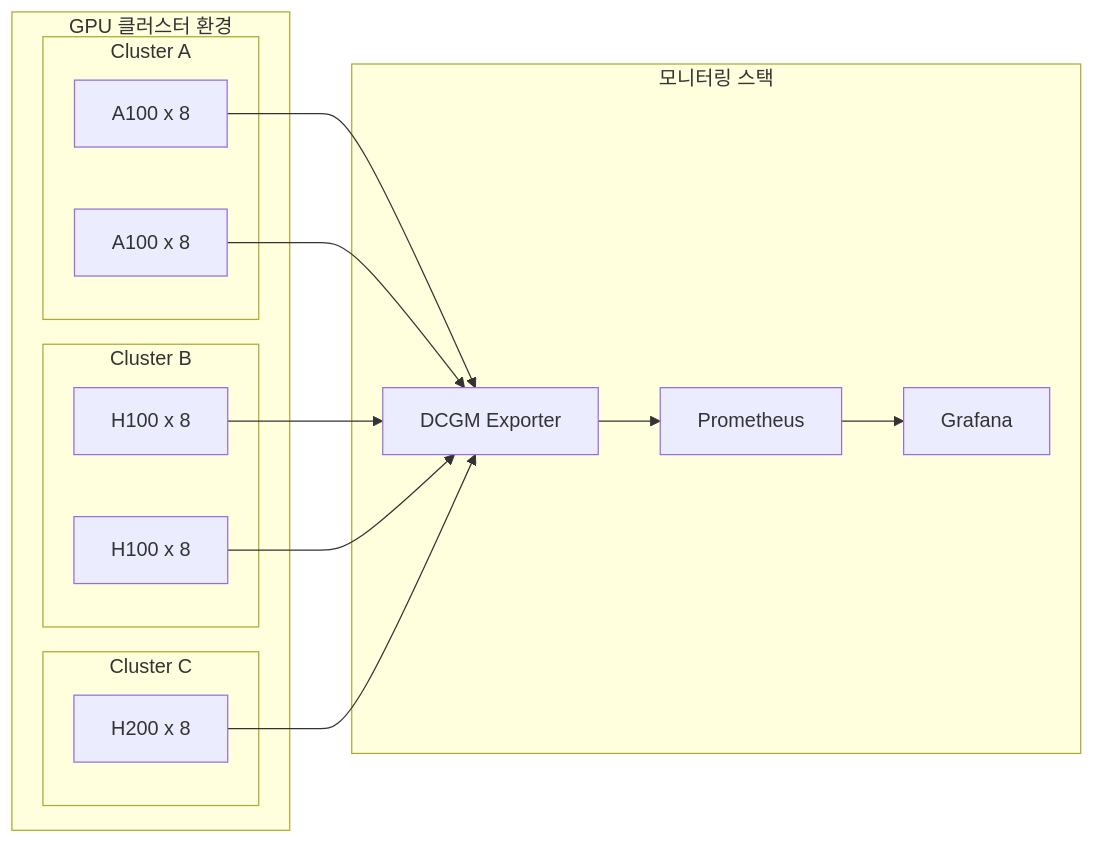
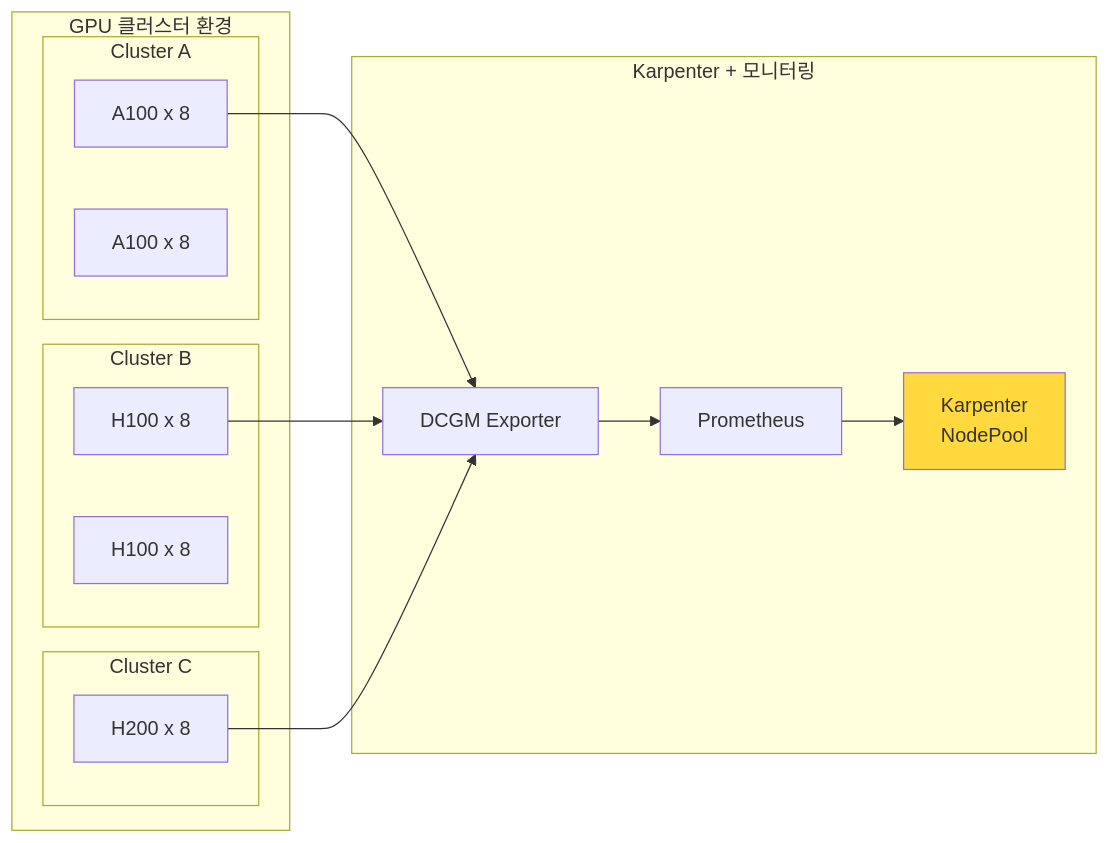
Before and after one commit to devfloor9/engineering-playbook: the third of 9 diagrams in docs/genai-aiml/agentic-ai-challenges.md, drawn with Mermaid. The commit also changed other lines of this file and 11 other files, not shown here.

````diff
--- a/docs/genai-aiml/agentic-ai-challenges.md
+++ b/docs/genai-aiml/agentic-ai-challenges.md
@@ -79,30 +107,30 @@
 ```mermaid
 graph LR
     subgraph "GPU 클러스터 환경"
         subgraph "Cluster A"
             A100_1["A100 x 8"]
             A100_2["A100 x 8"]
         end
         subgraph "Cluster B"
             H100_1["H100 x 8"]
             H100_2["H100 x 8"]
         end
         subgraph "Cluster C"
             H200_1["H200 x 8"]
         end
     end
-    
-    subgraph "모니터링 스택"
+
+    subgraph "Karpenter + 모니터링"
+        KARP["Karpenter<br/>NodePool"]
         DCGM["DCGM Exporter"]
         PROM["Prometheus"]
-        GRAF["Grafana"]
     end
-    
+
     A100_1 --> DCGM
-    A100_2 --> DCGM
     H100_1 --> DCGM
-    H100_2 --> DCGM
     H200_1 --> DCGM
     DCGM --> PROM
-    PROM --> GRAF
+    PROM --> KARP
+
+    style KARP fill:#ffd93d
 ```
````
